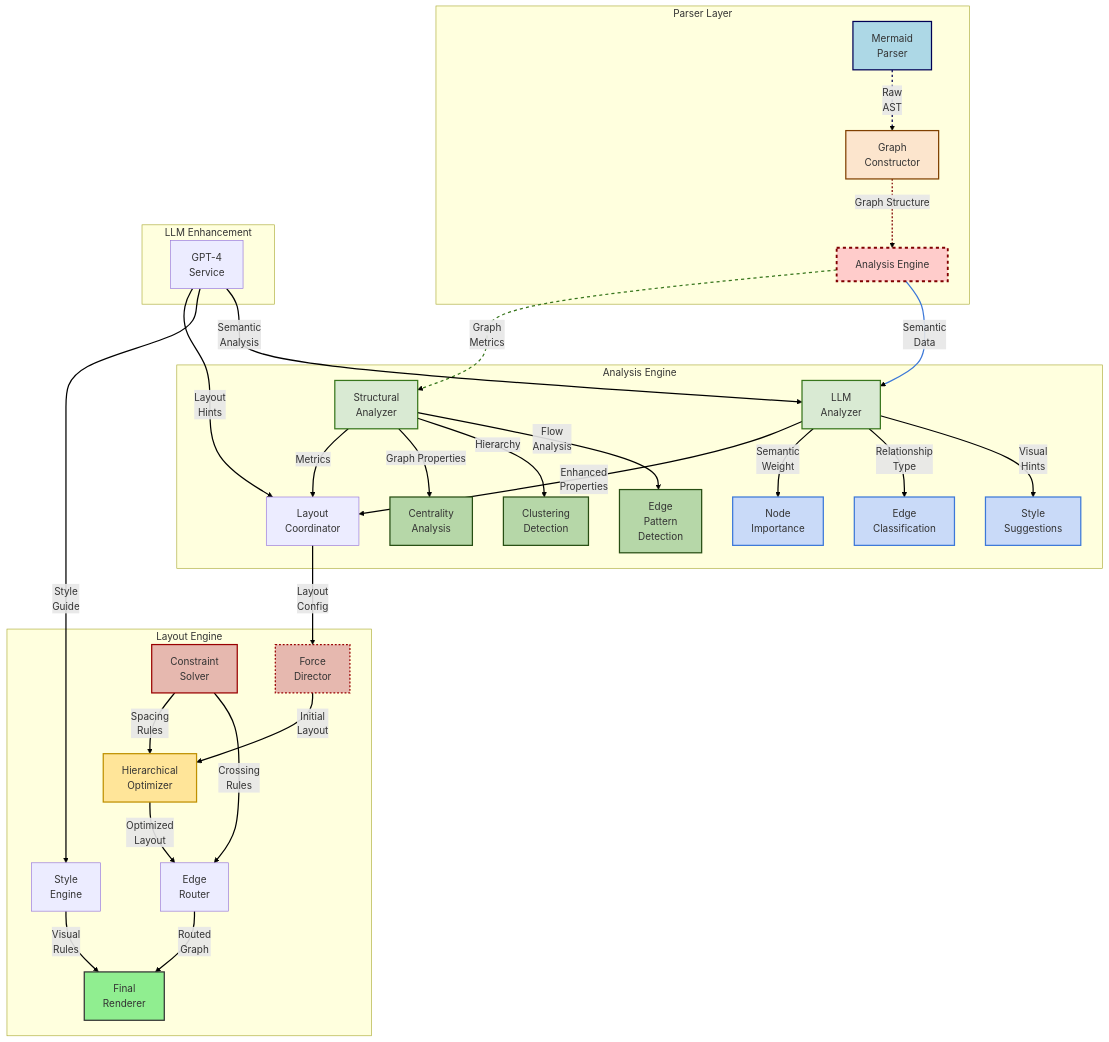
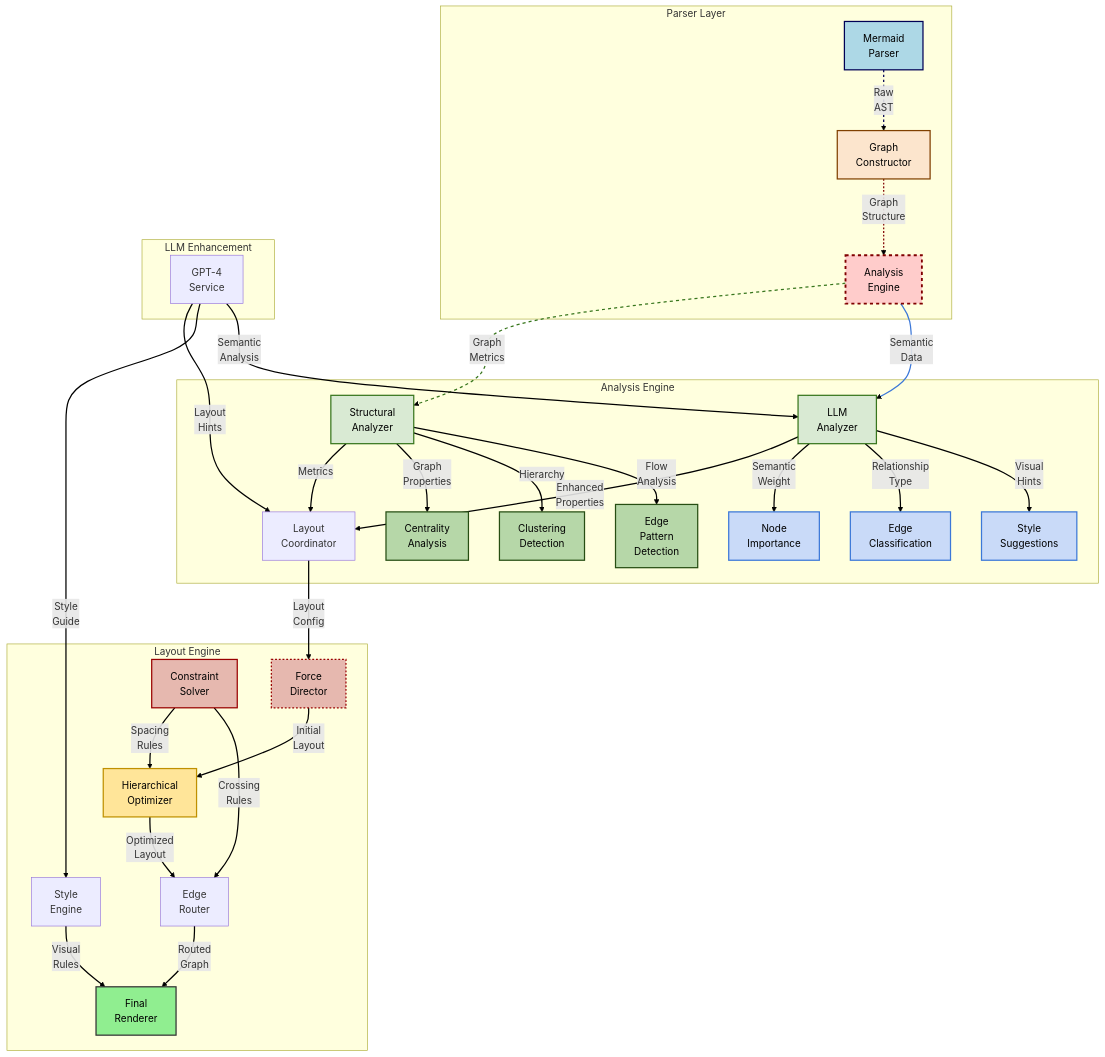
The first of 2 diagrams in README.md (nshkrdotcom/MuseLayout), drawn with Mermaid before and after one commit.

````diff
--- a/README.md
+++ b/README.md
@@ -19,62 +19,62 @@
 ```mermaid
 graph 
     subgraph "Parser Layer"
         A[Mermaid<br>Parser] -->|Raw<br>AST| B[Graph<br>Constructor]
-        B -->|Graph Structure| C[Analysis Engine]
+        B -->|Graph<br>Structure| C[Analysis<br>Engine]
     end
 
     subgraph "Analysis Engine"
         C -->|Graph<br>Metrics| D[Structural<br>Analyzer]
         C -->|Semantic<br>Data| E[LLM<br>Analyzer]
         
         D -->|Metrics| F[Layout<br>Coordinator]
         E -->|Enhanced<br> Properties| F
         
-        D -->|Graph Properties| D1[Centrality<br>Analysis]
+        D -->|Graph<br>Properties| D1[Centrality<br>Analysis]
         D -->|Hierarchy| D2[Clustering<br>Detection]
         D -->|Flow<br>Analysis| D3[Edge<br>Pattern<br>Detection]
         
         E -->|Semantic<br>Weight| E1[Node<br>Importance]
         E -->|Relationship<br>Type| E2[Edge<br>Classification]
         E -->|Visual<br>Hints| E3[Style<br>Suggestions]
     end
 
     subgraph "Layout&nbsp;Engine"
         F -->|Layout<br>Config| G[Force<br>Director]
         G -->|Initial<br>Layout| H[Hierarchical<br>Optimizer]
         H -->|Optimized<br>Layout| I[Edge<br>Router]
         
         J[Constraint<br>Solver] -->|Spacing<br>Rules| H
         J -->|Crossing<br>Rules| I
         
         K[Style<br>Engine] -->|Visual<br>Rules| L[Final<br>Renderer]
         I -->|Routed<br>Graph| L
     end
 
     subgraph "LLM&nbsp;Enhancement"
         M[GPT-4<br>Service] -->|Layout<br>Hints| F
         M -->|Style<br>Guide| K
         M -->|Semantic<br>Analysis| E
     end
 
-	style A fill:#add8e6,stroke:#005,stroke-width:2px
-	style B fill:#fce5cd,stroke:#804000,stroke-width:2px
-	style C fill:#ffcccb,stroke:#800000,stroke-width:3px,stroke-dasharray:5,5
-	style D fill:#d9ead3,stroke:#38761d,stroke-width:2px,font-color:#000
-	style E fill:#d9ead3,stroke:#38761d,stroke-width:2px,font-color:#000
-	style D1 fill:#b6d7a8,stroke:#274e13,stroke-width:2px,font-color:#000
-	style D2 fill:#b6d7a8,stroke:#274e13,stroke-width:2px,font-color:#000
-	style D3 fill:#b6d7a8,stroke:#274e13,stroke-width:2px,font-color:#000
-	style E1 fill:#c9daf8,stroke:#3c78d8,stroke-width:2px,font-color:#000
-	style E2 fill:#c9daf8,stroke:#3c78d8,stroke-width:2px,font-color:#000
-	style E3 fill:#c9daf8,stroke:#3c78d8,stroke-width:2px,font-color:#000
-	style G fill:#e6b8af,stroke:#990000,stroke-width:2px,stroke-dasharray:3,3
-	style H fill:#ffe599,stroke:#bf9000,stroke-width:2px
-	style J fill:#e6b8af,stroke:#990000,stroke-width:2px
-	style L fill:#90ee90,stroke:#333,stroke-width:2px
+	style A fill:#add8e6,stroke:#005,stroke-width:2px,color:#000
+	style B fill:#fce5cd,stroke:#804000,stroke-width:2px,color:#000
+	style C fill:#ffcccb,stroke:#800000,stroke-width:3px,color:#000,stroke-dasharray:5,5
+	style D fill:#d9ead3,stroke:#38761d,stroke-width:2px,color:#000
+	style E fill:#d9ead3,stroke:#38761d,stroke-width:2px,color:#000
+	style D1 fill:#b6d7a8,stroke:#274e13,stroke-width:2px,color:#000
+	style D2 fill:#b6d7a8,stroke:#274e13,stroke-width:2px,color:#000
+	style D3 fill:#b6d7a8,stroke:#274e13,stroke-width:2px,color:#000
+	style E1 fill:#c9daf8,stroke:#3c78d8,stroke-width:2px,color:#000
+	style E2 fill:#c9daf8,stroke:#3c78d8,stroke-width:2px,color:#000
+	style E3 fill:#c9daf8,stroke:#3c78d8,stroke-width:2px,color:#000
+	style G fill:#e6b8af,stroke:#990000,stroke-width:2px,color:#000,stroke-dasharray:3,3
+	style H fill:#ffe599,stroke:#bf9000,stroke-width:2px,color:#000
+	style J fill:#e6b8af,stroke:#990000,stroke-width:2px,color:#000
+	style L fill:#90ee90,stroke:#333,stroke-width:2px,color:#000
 	linkStyle default stroke-width:2px,stroke:#000000,fill:none
     linkStyle 0 stroke:#005,stroke-width:2px,stroke-dasharray:4,2
     linkStyle 1 stroke:#800000,stroke-width:2px,stroke-dasharray:3,3
     linkStyle 2 stroke:#38761d,stroke-width:2px,stroke-dasharray:5,5
     linkStyle 3 stroke:#3c78d8,stroke-width:2px,fill:none
 ```
````
